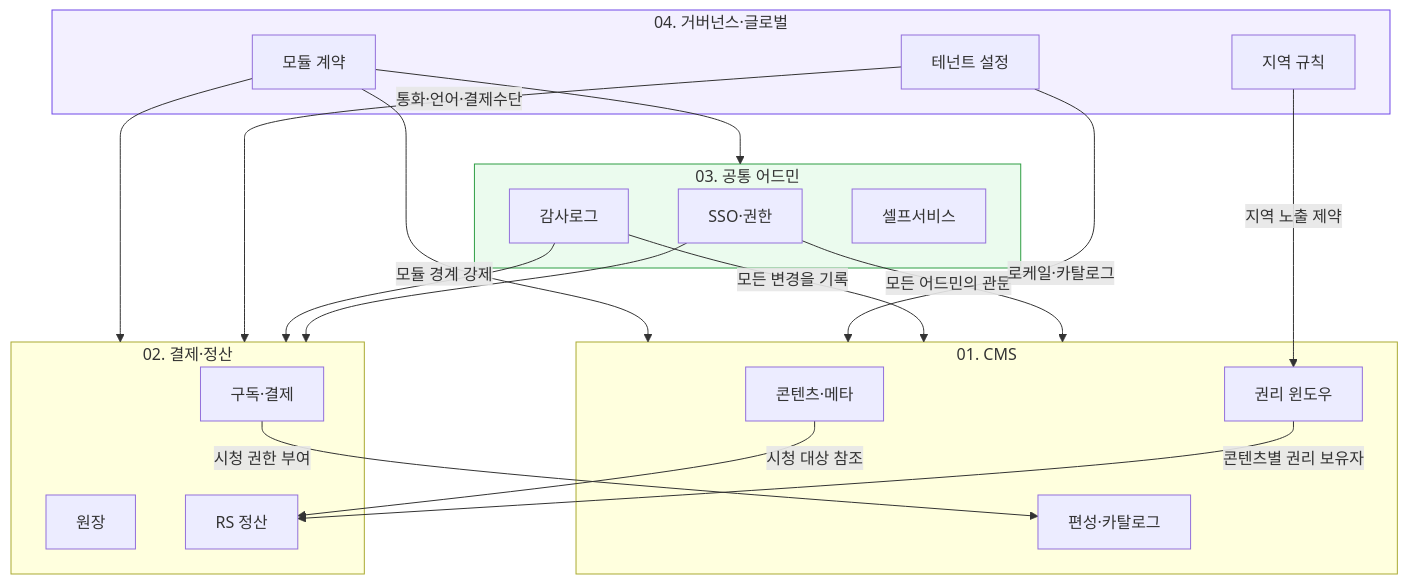
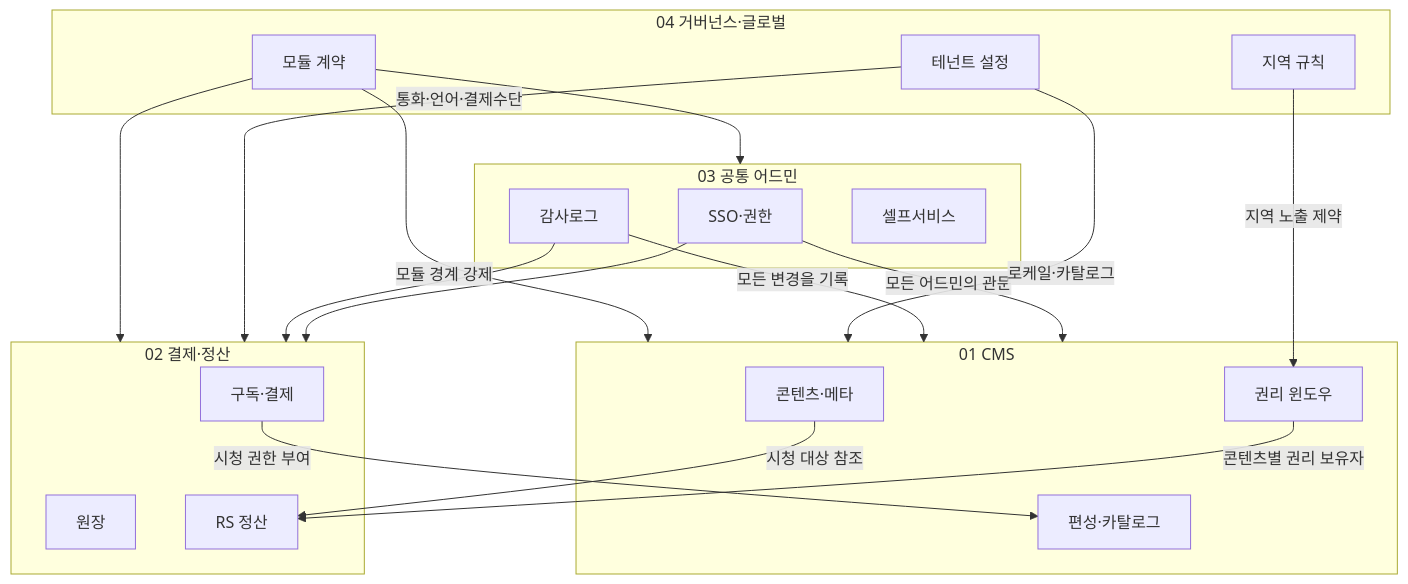
Before and after one commit to withwooyong/withwooyong.github.io: the second of 7 diagrams in pages/product-lead-loadmap/00_허브.md, drawn with Mermaid. The commit also changed other lines of this file and 16 other files, not shown here.

````diff
--- a/pages/product-lead-loadmap/00_허브.md
+++ b/pages/product-lead-loadmap/00_허브.md
@@ -98,45 +125,42 @@
 ```mermaid
-flowchart TB
-    subgraph CMS["01. CMS"]
+flowchart TD
+    subgraph CMS["01 CMS"]
         C1["콘텐츠·메타"]
         C2["권리 윈도우"]
         C3["편성·카탈로그"]
     end
 
-    subgraph PAY["02. 결제·정산"]
+    subgraph PAY["02 결제·정산"]
         P1["구독·결제"]
         P2["원장"]
         P3["RS 정산"]
     end
 
-    subgraph ADM["03. 공통 어드민"]
+    subgraph ADM["03 공통 어드민"]
         A1["SSO·권한"]
         A2["감사로그"]
         A3["셀프서비스"]
     end
 
-    subgraph GOV["04. 거버넌스·글로벌"]
+    subgraph GOV["04 거버넌스·글로벌"]
         G1["테넌트 설정"]
         G2["모듈 계약"]
         G3["지역 규칙"]
     end
 
     C2 -->|"콘텐츠별 권리 보유자"| P3
     C1 -->|"시청 대상 참조"| P3
     P1 -->|"시청 권한 부여"| C3
 
     A1 -->|"모든 어드민의 관문"| CMS
     A1 --> PAY
     A2 -->|"모든 변경을 기록"| CMS
     A2 --> PAY
 
     G1 -->|"통화·언어·결제수단"| PAY
     G1 -->|"로케일·카탈로그"| CMS
     G3 -->|"지역 노출 제약"| C2
     G2 -->|"모듈 경계 강제"| CMS
     G2 --> PAY
     G2 --> ADM
-
-    style ADM fill:#ebfbee,stroke:#2f9e44
-    style GOV fill:#f3f0ff,stroke:#7048e8
 ```
````
